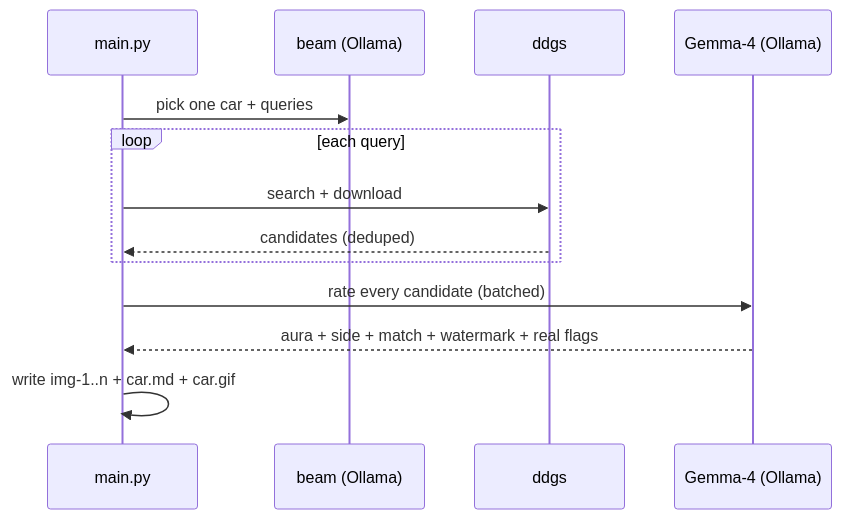
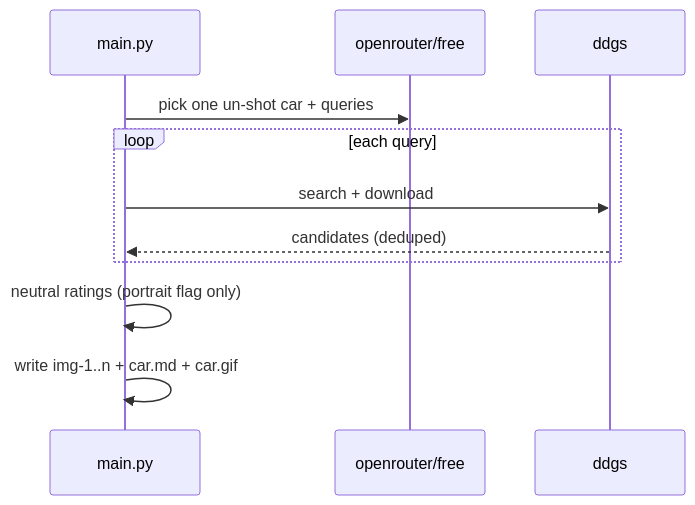
The third of 4 diagrams in README.md (Abdulhadi446/image-collector), drawn with Mermaid before and after one commit. The commit also changed other lines of this file and 16 other files, not shown here.

Commit message:
Switch planner to OpenRouter openrouter/free, 13-car pool that refuses re-shoots, fix cron push drift, drop duplicate 2026-11-09-18 shoot

````diff
--- a/README.md
+++ b/README.md
@@ -132,15 +132,13 @@
 ```mermaid
 sequenceDiagram
     participant M as main.py
-    participant P as beam (Ollama)
+    participant P as openrouter/free
     participant D as ddgs
-    participant G as Gemma-4 (Ollama)
-    M->>P: pick one car + queries
+    M->>P: pick one un-shot car + queries
     loop each query
         M->>D: search + download
         D-->>M: candidates (deduped)
     end
-    M->>G: rate every candidate (batched)
-    G-->>M: aura + side + match + watermark + real flags
+    M->>M: neutral ratings (portrait flag only)
     M->>M: write img-1..n + car.md + car.gif
 ```
````
